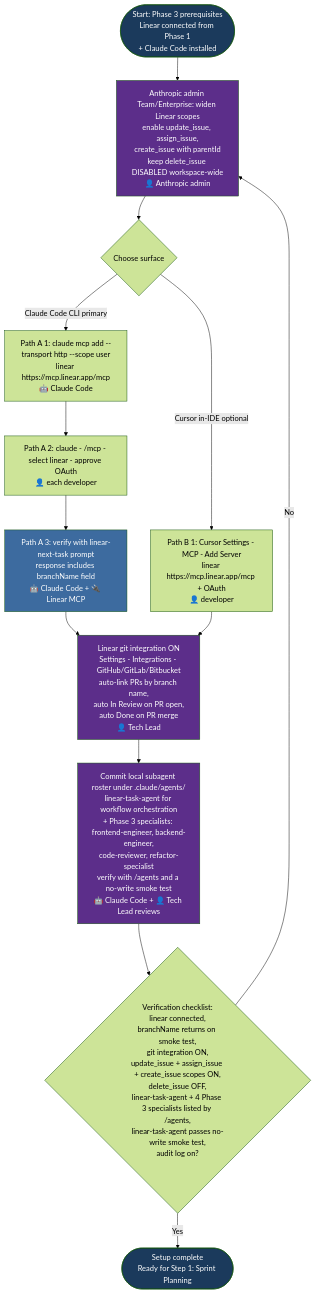
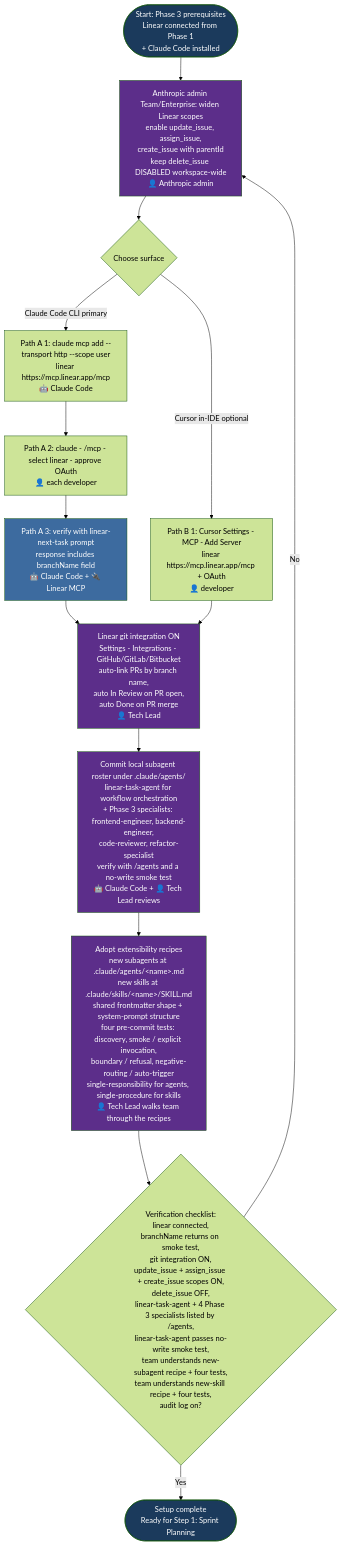
The first of 8 diagrams in aidlc-phases/03-development/FLOWCHART.md (kalpat-allion/ai-dlc), drawn with Mermaid (forest theme) before and after one commit. The commit also changed other lines of this file and 1 other file, not shown here.

Commit message:
step-by-step guides with detailed instructions for creating and managing Claude Code subagents and skills

````diff
--- a/aidlc-phases/03-development/FLOWCHART.md
+++ b/aidlc-phases/03-development/FLOWCHART.md
@@ -62,34 +62,38 @@
 ```mermaid
 flowchart TD
     S0_START([Start: Phase 3 prerequisites<br/>Linear connected from Phase 1<br/>+ Claude Code installed]) --> S0_ANTH
 
     S0_ANTH[Anthropic admin Team/Enterprise: widen Linear scopes<br/>enable update_issue, assign_issue,<br/>create_issue with parentId<br/>keep delete_issue DISABLED workspace-wide<br/>👤 Anthropic admin]
     S0_ANTH --> S0_PATH{Choose surface}
 
     S0_PATH -- Claude Code CLI primary --> S0_A1
     S0_PATH -- Cursor in-IDE optional --> S0_B1
 
     S0_A1[Path A 1: claude mcp add --transport http --scope user<br/>linear https://mcp.linear.app/mcp<br/>🤖 Claude Code]
     S0_A1 --> S0_A2[Path A 2: claude - /mcp - select linear - approve OAuth<br/>👤 each developer]
     S0_A2 --> S0_A3[Path A 3: verify with linear-next-task prompt<br/>response includes branchName field<br/>🤖 Claude Code + 🔌 Linear MCP]
     S0_A3 --> S0_GIT
 
     S0_B1[Path B 1: Cursor Settings - MCP - Add Server<br/>linear https://mcp.linear.app/mcp + OAuth<br/>👤 developer]
     S0_B1 --> S0_GIT
 
     S0_GIT[Linear git integration ON<br/>Settings - Integrations - GitHub/GitLab/Bitbucket<br/>auto-link PRs by branch name,<br/>auto In Review on PR open,<br/>auto Done on PR merge<br/>👤 Tech Lead]
     S0_GIT --> S0_AGENT
 
     S0_AGENT[Commit local subagent roster under .claude/agents/<br/>linear-task-agent for workflow orchestration<br/>+ Phase 3 specialists: frontend-engineer, backend-engineer,<br/>code-reviewer, refactor-specialist<br/>verify with /agents and a no-write smoke test<br/>🤖 Claude Code + 👤 Tech Lead reviews]
-    S0_AGENT --> S0_VERIFY{Verification checklist:<br/>linear connected,<br/>branchName returns on smoke test,<br/>git integration ON,<br/>update_issue + assign_issue + create_issue scopes ON,<br/>delete_issue OFF,<br/>linear-task-agent + 4 Phase 3 specialists listed by /agents,<br/>linear-task-agent passes no-write smoke test,<br/>audit log on?}
+    S0_AGENT --> S0_RECIPES
+
+    S0_RECIPES[Adopt extensibility recipes<br/>new subagents at .claude/agents/&lt;name&gt;.md<br/>new skills at .claude/skills/&lt;name&gt;/SKILL.md<br/>shared frontmatter shape + system-prompt structure<br/>four pre-commit tests: discovery, smoke / explicit invocation,<br/>boundary / refusal, negative-routing / auto-trigger<br/>single-responsibility for agents, single-procedure for skills<br/>👤 Tech Lead walks team through the recipes]
+    S0_RECIPES --> S0_VERIFY{Verification checklist:<br/>linear connected,<br/>branchName returns on smoke test,<br/>git integration ON,<br/>update_issue + assign_issue + create_issue scopes ON,<br/>delete_issue OFF,<br/>linear-task-agent + 4 Phase 3 specialists listed by /agents,<br/>linear-task-agent passes no-write smoke test,<br/>team understands new-subagent recipe + four tests,<br/>team understands new-skill recipe + four tests,<br/>audit log on?}
 
     S0_VERIFY -- No --> S0_ANTH
     S0_VERIFY -- Yes --> S0_END([Setup complete<br/>Ready for Step 1: Sprint Planning])
 
     style S0_START fill:#1B3A5C,color:#fff
     style S0_END fill:#1B3A5C,color:#fff
     style S0_ANTH fill:#5C2E8A,color:#fff
     style S0_GIT fill:#5C2E8A,color:#fff
     style S0_AGENT fill:#5C2E8A,color:#fff
+    style S0_RECIPES fill:#5C2E8A,color:#fff
     style S0_A3 fill:#3D6B9F,color:#fff
 ```
````
